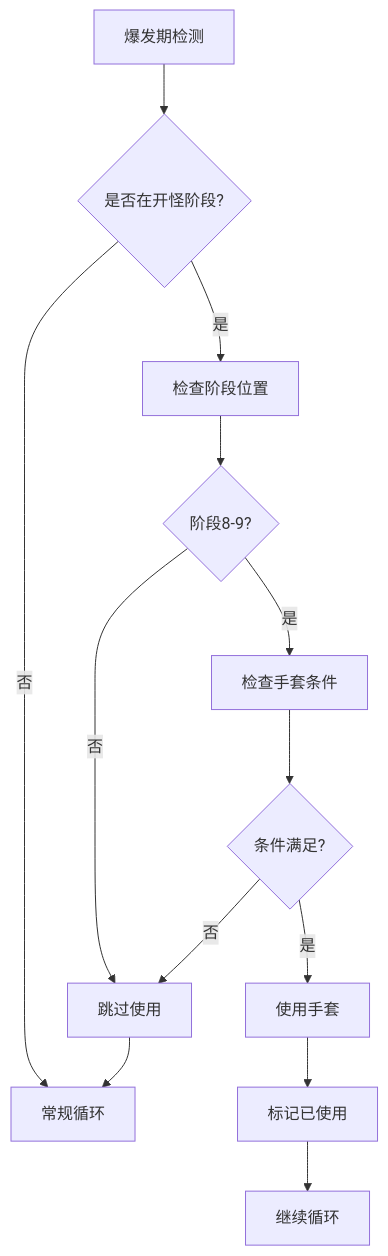
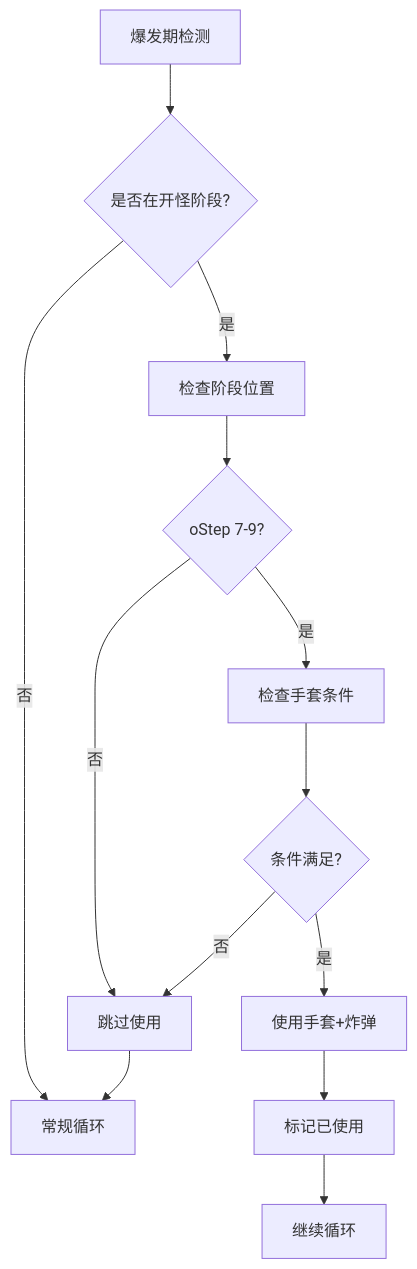
Before and after one commit to q89277718/WOW-For-MRF: the seventh of 12 diagrams in .qoder/repowiki/zh/content/服务器适配说明.md, drawn with Mermaid. The commit also changed other lines of this file and 61 other files, not shown here.

````diff
--- a/.qoder/repowiki/zh/content/服务器适配说明.md
+++ b/.qoder/repowiki/zh/content/服务器适配说明.md
@@ -233,15 +265,15 @@
 ```mermaid
 flowchart TD
 A[爆发期检测] --> B{是否在开怪阶段?}
 B --> |是| C[检查阶段位置]
 B --> |否| D[常规循环]
-C --> E{阶段8-9?}
+C --> E{oStep 7-9?}
 E --> |是| F[检查手套条件]
 E --> |否| G[跳过使用]
 F --> H{条件满足?}
-H --> |是| I[使用手套]
+H --> |是| I[使用手套+炸弹]
 H --> |否| G
 I --> J[标记已使用]
 J --> K[继续循环]
 G --> D
 ```
````
